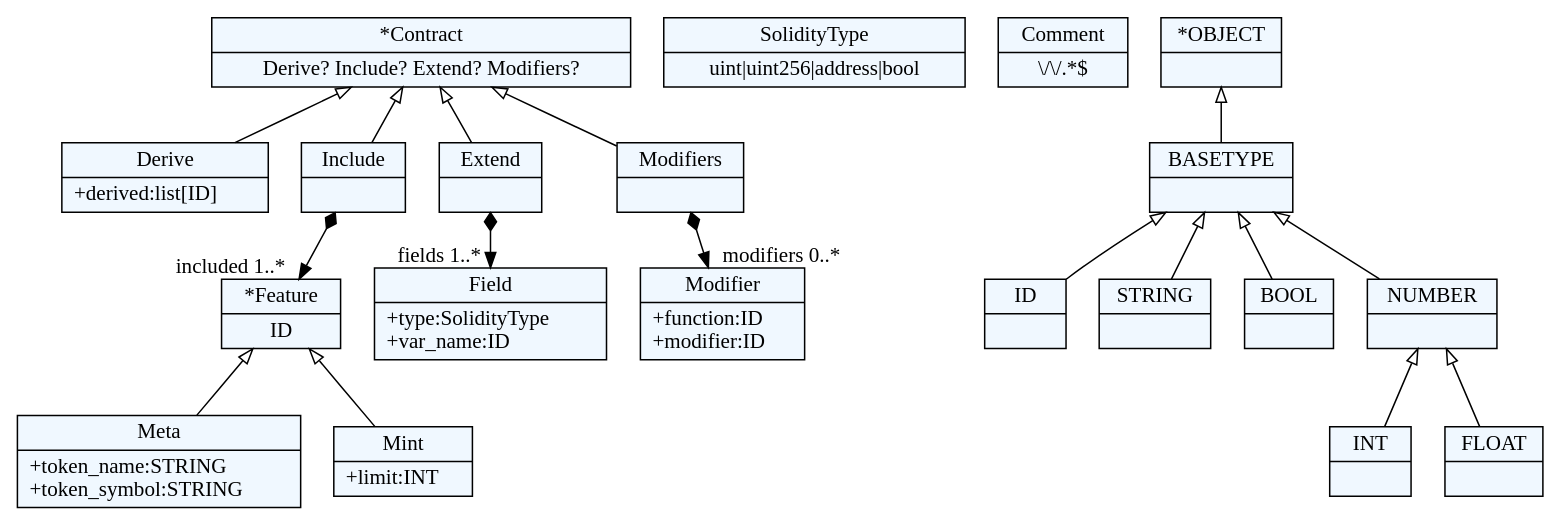
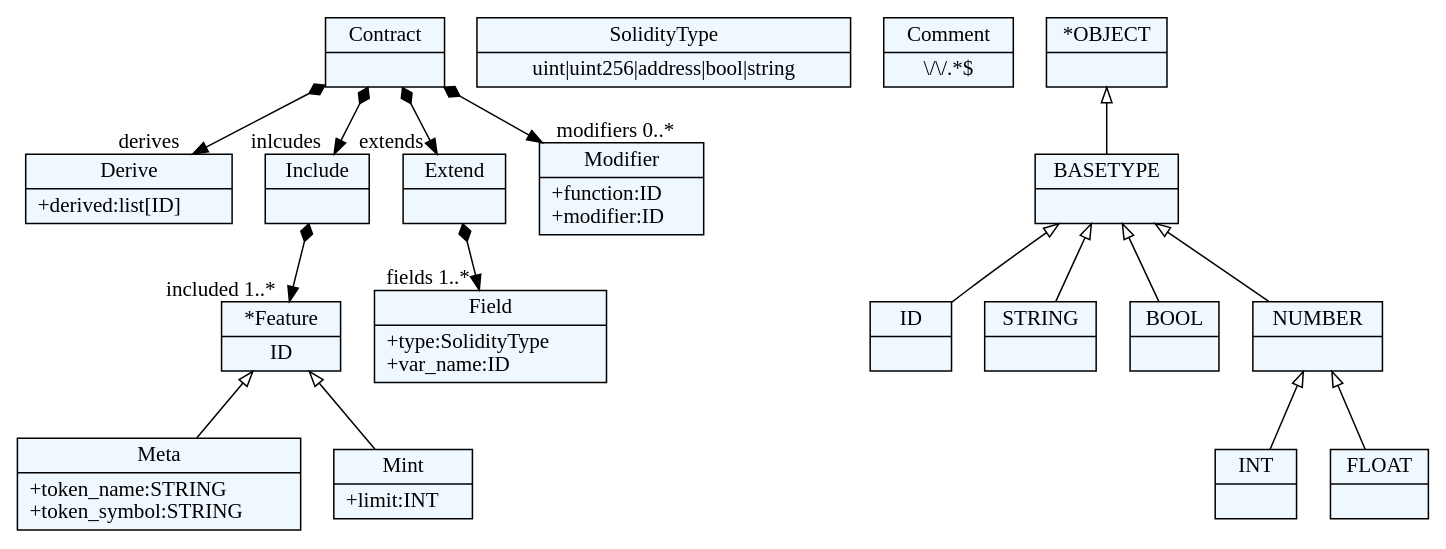
One commit to DanChirtoaca/nfty changed the diagram in dsl/grammar.tx.dot. Above: the diagram before and after it, drawn with Graphviz. The commit also changed 6 other files, not shown here.

```diff
--- a/dsl/grammar.tx.dot
+++ b/dsl/grammar.tx.dot
@@ -1,71 +1,68 @@
 
     digraph xtext {
     fontname = "Bitstream Vera Sans"
     fontsize = 8
     node[
         shape=record,
         style=filled,
         fillcolor=aliceblue
     ]
     nodesep = 0.3
     edge[dir=black,arrowtail=empty]
 
 
-18407992[ label="{*Contract|Derive\? Include\? Extend\? Modifiers\?}"]
-18407992 -> 18391384 [dir=back]
-18407992 -> 16374360 [dir=back]
-18407992 -> 16379304 [dir=back]
-18407992 -> 18652600 [dir=back]
+24404808 -> 24388200[arrowtail=diamond, dir=both, headlabel="derives "]
+24404808 -> 22370904[arrowtail=diamond, dir=both, headlabel="inlcudes "]
+24404808 -> 22375848[arrowtail=diamond, dir=both, headlabel="extends "]
+24404808 -> 24640376[arrowtail=diamond, dir=both, headlabel="modifiers 0..*"]
+24404808[ label="{Contract|}"]
 
-18391384[ label="{Derive|+derived:list[ID]\l}"]
+24388200[ label="{Derive|+derived:list[ID]\l}"]
 
-16374360 -> 18655544[arrowtail=diamond, dir=both, headlabel="included 1..*"]
-16374360[ label="{Include|}"]
+22370904 -> 24645320[arrowtail=diamond, dir=both, headlabel="included 1..*"]
+22370904[ label="{Include|}"]
 
-16379304 -> 18665432[arrowtail=diamond, dir=both, headlabel="fields 1..*"]
-16379304[ label="{Extend|}"]
+22375848 -> 24410344[arrowtail=diamond, dir=both, headlabel="fields 1..*"]
+22375848[ label="{Extend|}"]
 
-18652600 -> 18657544[arrowtail=diamond, dir=both, headlabel="modifiers 0..*"]
-18652600[ label="{Modifiers|}"]
+24640376[ label="{Modifier|+function:ID\l+modifier:ID\l}"]
 
-18657544[ label="{Modifier|+function:ID\l+modifier:ID\l}"]
+24645320[ label="{*Feature|ID}"]
+24645320 -> 22373848 [dir=back]
+24645320 -> 24650264 [dir=back]
 
-18655544[ label="{*Feature|ID}"]
-18655544 -> 16373304 [dir=back]
-18655544 -> 16372360 [dir=back]
+24650264[ label="{Mint|+limit:INT\l}"]
 
-16372360[ label="{Mint|+limit:INT\l}"]
+22373848[ label="{Meta|+token_name:STRING\l+token_symbol:STRING\l}"]
 
-16373304[ label="{Meta|+token_name:STRING\l+token_symbol:STRING\l}"]
+24410344[ label="{Field|+type:SolidityType\l+var_name:ID\l}"]
 
-18665432[ label="{Field|+type:SolidityType\l+var_name:ID\l}"]
+24653320[ label="{SolidityType|uint\|uint256\|address\|bool\|string}"]
 
-18671496[ label="{SolidityType|uint\|uint256\|address\|bool}"]
+24659384[ label="{Comment|\\/\\/.*$}"]
 
-18676440[ label="{Comment|\\/\\/.*$}"]
+24385256[ label="{ID|}"]
 
-18388440[ label="{ID|}"]
+24390200[ label="{STRING|}"]
 
-18393384[ label="{STRING|}"]
+24395736[ label="{BOOL|}"]
 
-18398920[ label="{BOOL|}"]
+24401272[ label="{INT|}"]
 
-18404456[ label="{INT|}"]
+24406808[ label="{FLOAT|}"]
 
-18409992[ label="{FLOAT|}"]
+24412344[ label="{NUMBER|}"]
+24412344 -> 24406808 [dir=back]
+24412344 -> 24401272 [dir=back]
 
-18415528[ label="{NUMBER|}"]
-18415528 -> 18409992 [dir=back]
-18415528 -> 18404456 [dir=back]
+24417880[ label="{BASETYPE|}"]
+24417880 -> 24412344 [dir=back]
+24417880 -> 24395736 [dir=back]
+24417880 -> 24385256 [dir=back]
+24417880 -> 24390200 [dir=back]
 
-18421064[ label="{BASETYPE|}"]
-18421064 -> 18415528 [dir=back]
-18421064 -> 18398920 [dir=back]
-18421064 -> 18388440 [dir=back]
-18421064 -> 18393384 [dir=back]
-
-18427192[ label="{*OBJECT|}"]
-18427192 -> 18421064 [dir=back]
+24424008[ label="{*OBJECT|}"]
+24424008 -> 24417880 [dir=back]
 
 
 }
```
